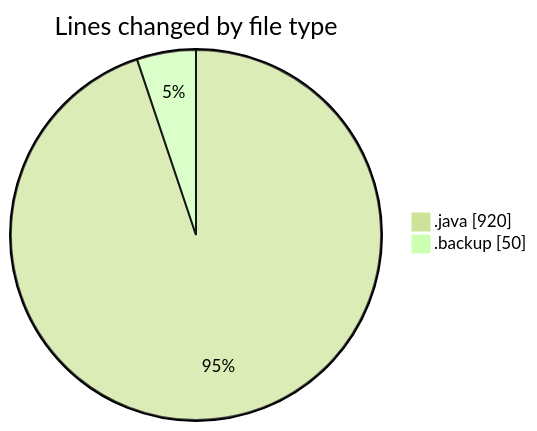
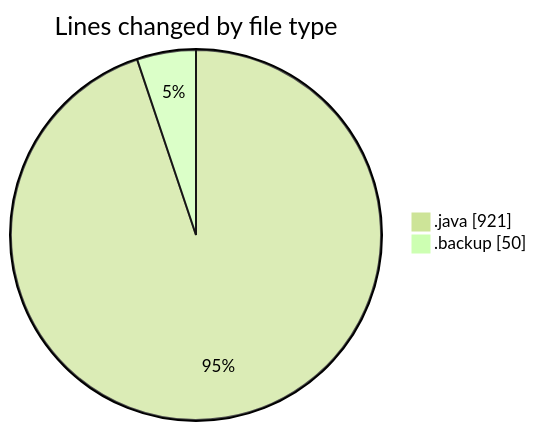
The first of 2 diagrams in 2026-02-26/cilapp/README.md (ricardozamudiocil/code-tracking), drawn with Mermaid (forest theme) before and after one commit. The commit also changed other lines of this file and 1 other file, not shown here.

````diff
--- a/2026-02-26/cilapp/README.md
+++ b/2026-02-26/cilapp/README.md
@@ -25,6 +25,6 @@
 ```mermaid
 pie showData
 title Lines changed by file type
-".java" : 920
+".java" : 921
 ".backup" : 50
 ```
````
